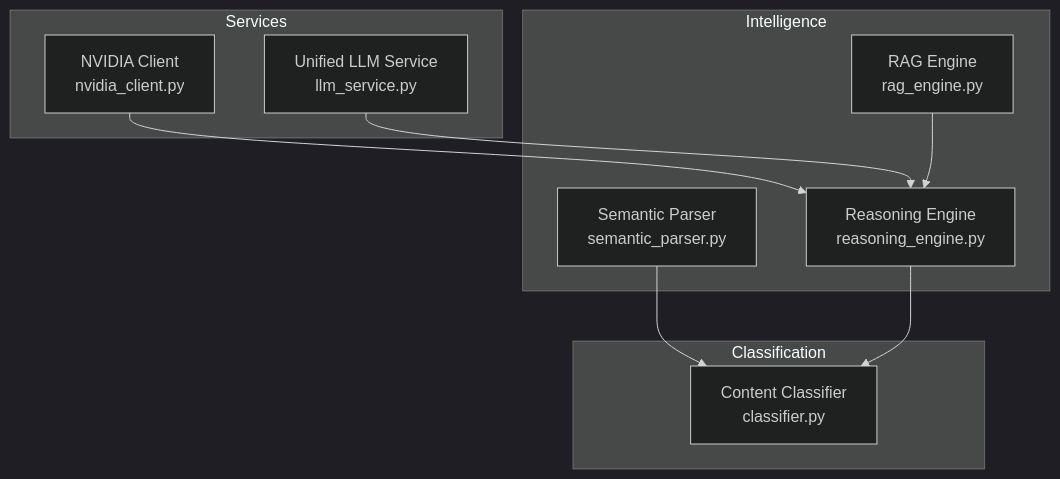
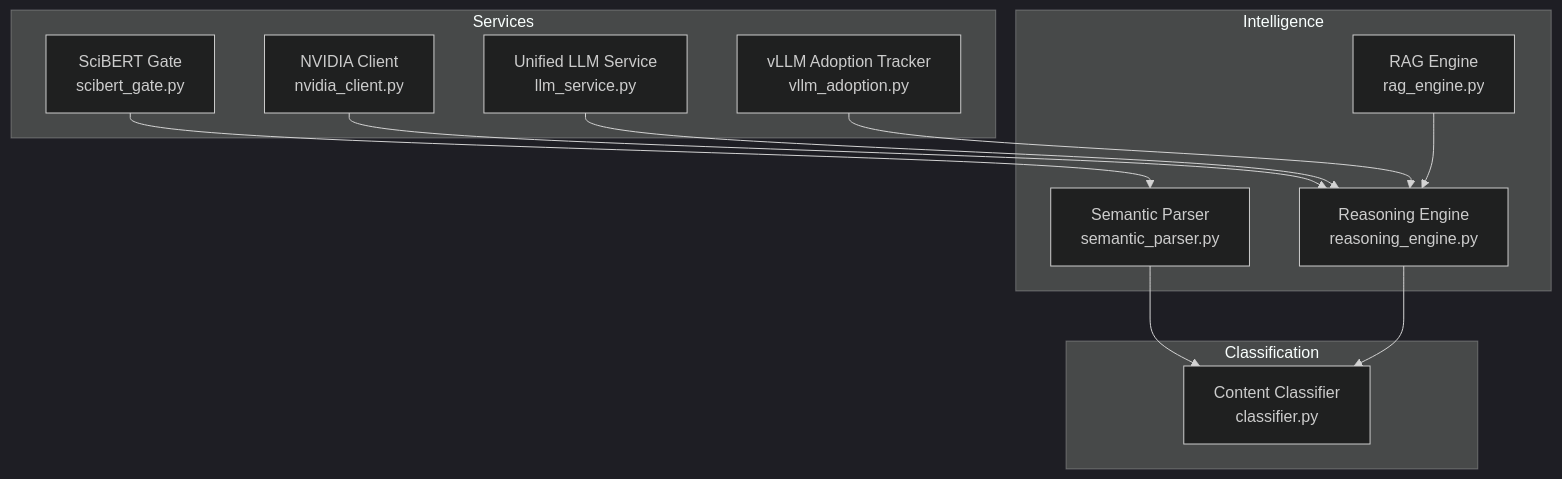
The first of 12 diagrams in .qoder/repowiki/en/content/AI_ML Integration/AI_ML Integration.md (rohitkumarnaidu/-Auto-AI-Automated-Academic-Docx-Manuscript-Formatter), drawn with Mermaid (dark theme) before and after one commit. The commit also changed other lines of this file and 6 other files, not shown here.

````diff
--- a/.qoder/repowiki/en/content/AI_ML Integration/AI_ML Integration.md
+++ b/.qoder/repowiki/en/content/AI_ML Integration/AI_ML Integration.md
@@ -47,20 +60,24 @@
 ```mermaid
 graph TB
 subgraph "Services"
 NV["NVIDIA Client<br/>nvidia_client.py"]
 LLM["Unified LLM Service<br/>llm_service.py"]
+SCIBERT_GATE["SciBERT Gate<br/>scibert_gate.py"]
+VLLM_ADOPTION["vLLM Adoption Tracker<br/>vllm_adoption.py"]
 end
 subgraph "Intelligence"
 RAG["RAG Engine<br/>rag_engine.py"]
 RE["Reasoning Engine<br/>reasoning_engine.py"]
 SP["Semantic Parser<br/>semantic_parser.py"]
 end
 subgraph "Classification"
 CL["Content Classifier<br/>classifier.py"]
 end
 NV --> RE
 LLM --> RE
 SP --> CL
+SCIBERT_GATE --> SP
+VLLM_ADOPTION --> RE
 RAG --> RE
 RE --> CL
 ```
````
